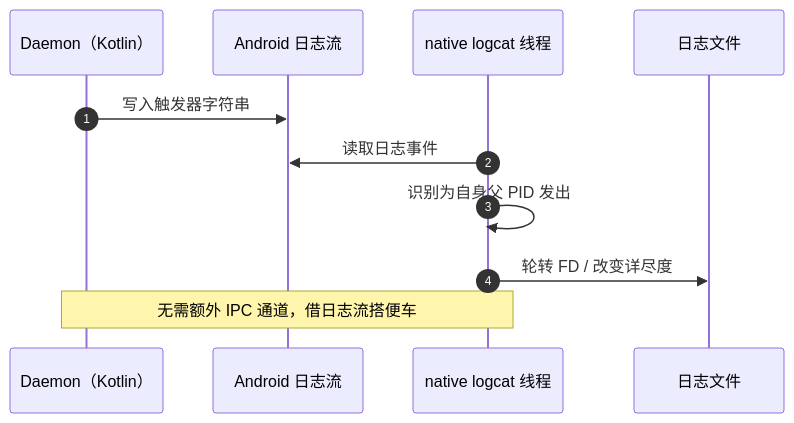
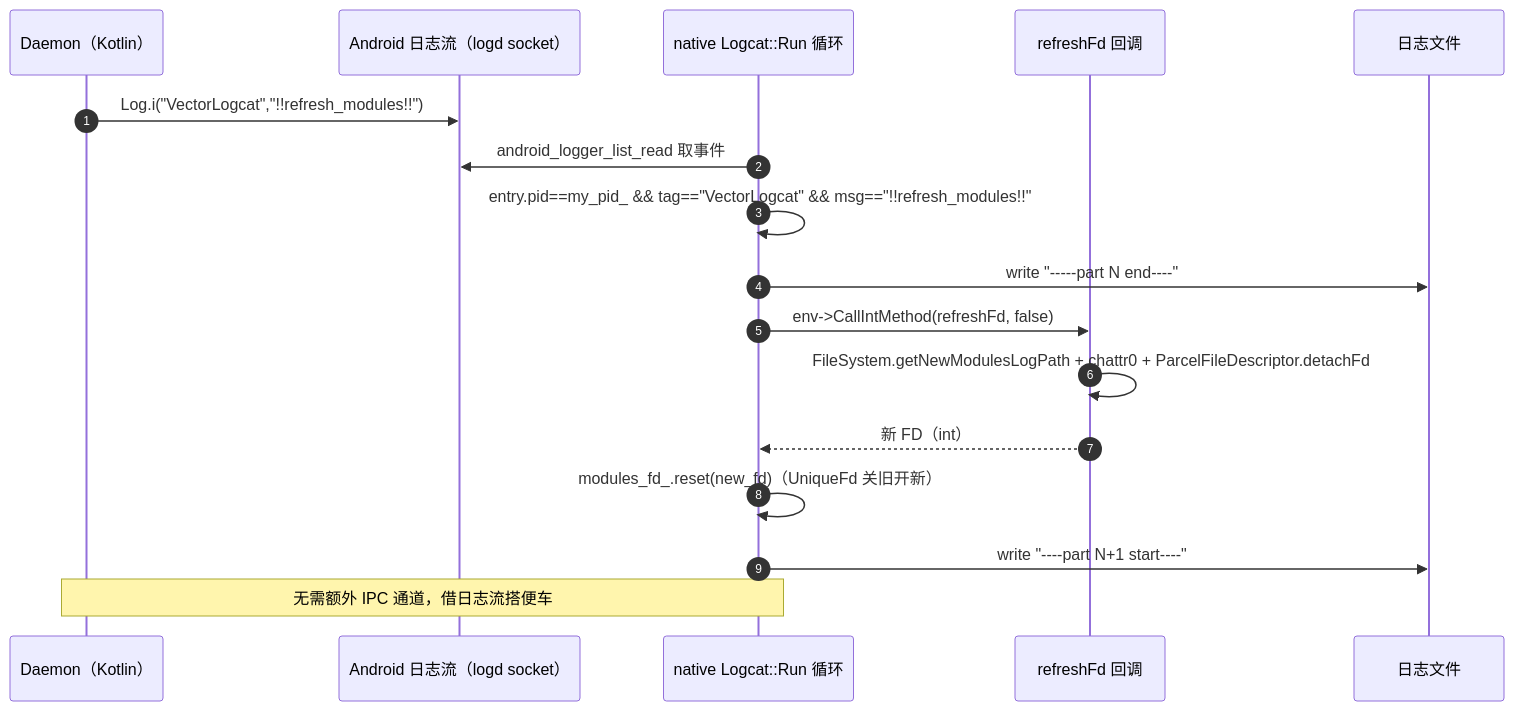
Before and after one commit to android-security-engineer/Vector-skills: the third of 6 diagrams in website/docs/architecture/logging.md, drawn with Mermaid. The commit also changed other lines of this file and 176 other files, not shown here.

````diff
--- a/website/docs/architecture/logging.md
+++ b/website/docs/architecture/logging.md
@@ -74,14 +114,20 @@
 ```mermaid
 sequenceDiagram
     autonumber
     participant D as Daemon（Kotlin）
-    participant LOG as Android 日志流
-    participant N as native logcat 线程
+    participant LOG as Android 日志流（logd socket）
+    participant N as native Logcat::Run 循环
+    participant JNI as refreshFd 回调
     participant F as 日志文件
 
-    D->>LOG: 写入触发器字符串
-    N->>LOG: 读取日志事件
-    N->>N: 识别为自身父 PID 发出
-    N->>F: 轮转 FD / 改变详尽度
+    D->>LOG: Log.i("VectorLogcat","!!refresh_modules!!")
+    N->>LOG: android_logger_list_read 取事件
+    N->>N: entry.pid==my_pid_ && tag=="VectorLogcat" && msg=="!!refresh_modules!!"
+    N->>F: write "-----part N end----"
+    N->>JNI: env->CallIntMethod(refreshFd, false)
+    JNI->>JNI: FileSystem.getNewModulesLogPath + chattr0 + ParcelFileDescriptor.detachFd
+    JNI-->>N: 新 FD（int）
+    N->>N: modules_fd_.reset(new_fd)（UniqueFd 关旧开新）
+    N->>F: write "----part N+1 start----"
     Note over D,N: 无需额外 IPC 通道，借日志流搭便车
 ```
````
